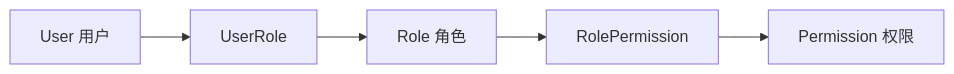
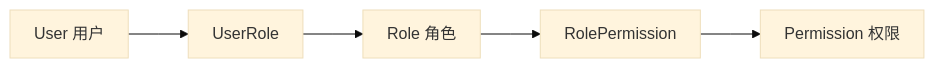
One commit to YJsnz/Agent changed diagram 19 of 22 in readme.md. Above: the diagram before and after it, drawn with Mermaid. The commit also changed other lines of this file, not shown here.

````diff
--- a/readme.md
+++ b/readme.md
@@ -1519,7 +1559,8 @@
 ```mermaid
+%%{init: {"theme":"base","themeVariables":{"fontFamily":"Microsoft YaHei, Arial, sans-serif"},"flowchart":{"curve":"linear","nodeSpacing":40,"rankSpacing":60,"padding":12,"useMaxWidth":false}}}%%
 flowchart LR
     U["User 用户"] --> UR["UserRole"]
     UR --> R["Role 角色"]
     R --> RP["RolePermission"]
     RP --> P["Permission 权限"]
 ```
````
